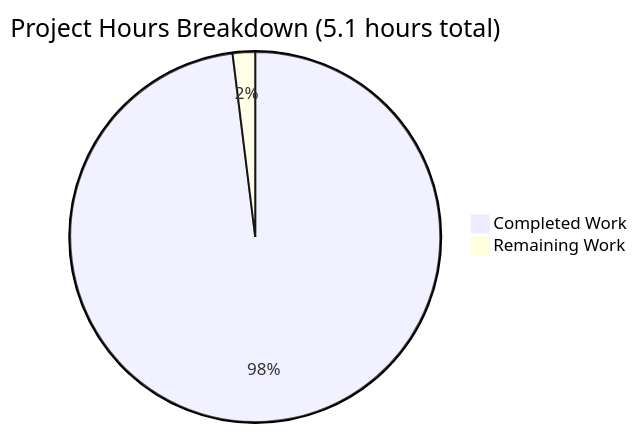
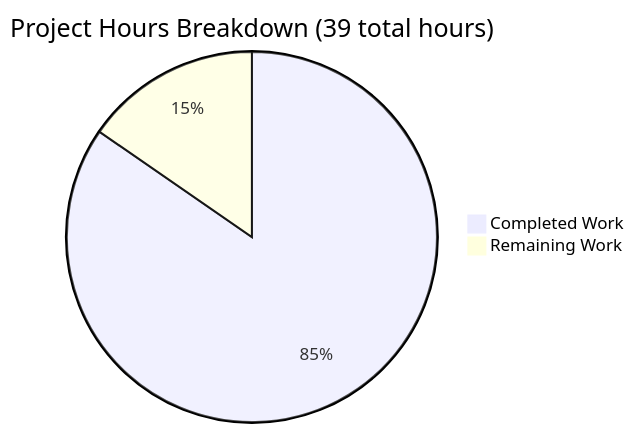
One commit to ShaliniTesting/13nov01 changed the first of 3 diagrams in blitzy/documentation/Project Guide.md. Above: the diagram before and after it, drawn with Mermaid. The commit also changed other lines of this file, not shown here.

Commit message:
Adding Blitzy Project Guide: Project Status and Human Tasks Remaining

````diff
--- a/blitzy/documentation/Project Guide.md
+++ b/blitzy/documentation/Project Guide.md
@@ -74,5 +68,5 @@
 ```mermaid
-pie title Project Hours Breakdown (5.1 hours total)
-    "Completed Work" : 5.0
-    "Remaining Work" : 0.1
+pie title Project Hours Breakdown (39 total hours)
+    "Completed Work" : 33
+    "Remaining Work" : 6
 ```
````
